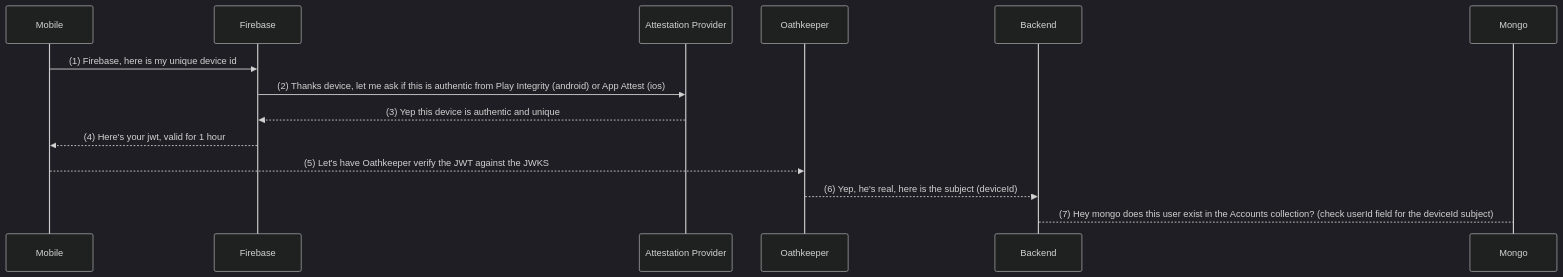
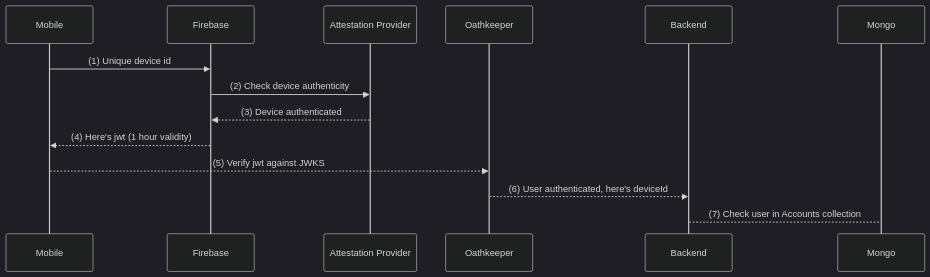
Before and after one commit to GaloyMoney/blink: the diagram in dev/appcheck/README.md, drawn with Mermaid (dark theme).

````diff
--- a/dev/appcheck/README.md
+++ b/dev/appcheck/README.md
@@ -53,10 +53,10 @@
 ```mermaid
 sequenceDiagram
-    Mobile->>Firebase: (1) Firebase, here is my unique device id
-    Firebase->>Attestation Provider: (2) Thanks device, let me ask if this is authentic from Play Integrity (android) or App Attest (ios)
-    Attestation Provider-->>Firebase: (3) Yep this device is authentic and unique
-    Firebase-->>Mobile: (4) Here's your jwt, valid for 1 hour
-    Mobile-->>Oathkeeper: (5) Let's have Oathkeeper verify the JWT against the JWKS
-    Oathkeeper-->>Backend: (6) Yep, he's real, here is the subject (deviceId)
-    Backend-->Mongo: (7) Hey mongo does this user exist in the Accounts collection? (check userId field for the deviceId subject)
+    Mobile->>Firebase: (1) Unique device id
+    Firebase->>Attestation Provider: (2) Check device authenticity
+    Attestation Provider-->>Firebase: (3) Device authenticated
+    Firebase-->>Mobile: (4) Here's jwt (1 hour validity)
+    Mobile-->>Oathkeeper: (5) Verify jwt against JWKS
+    Oathkeeper-->>Backend: (6) User authenticated, here's deviceId
+    Backend-->Mongo: (7) Check user in Accounts collection
 ```
````
